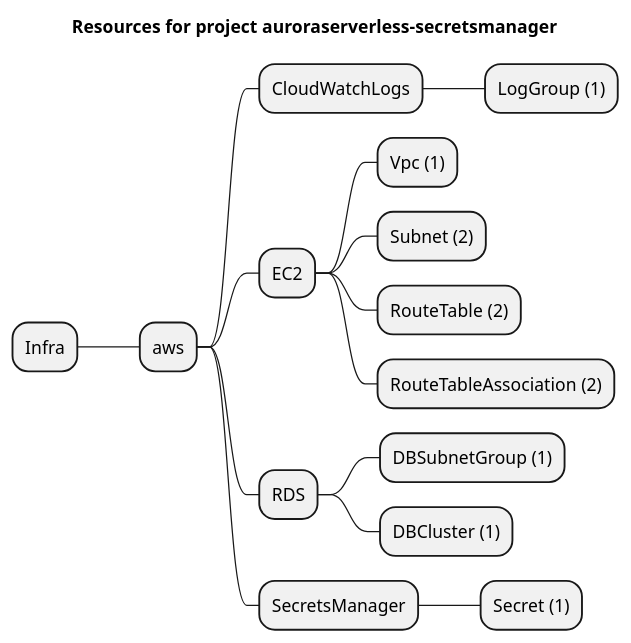
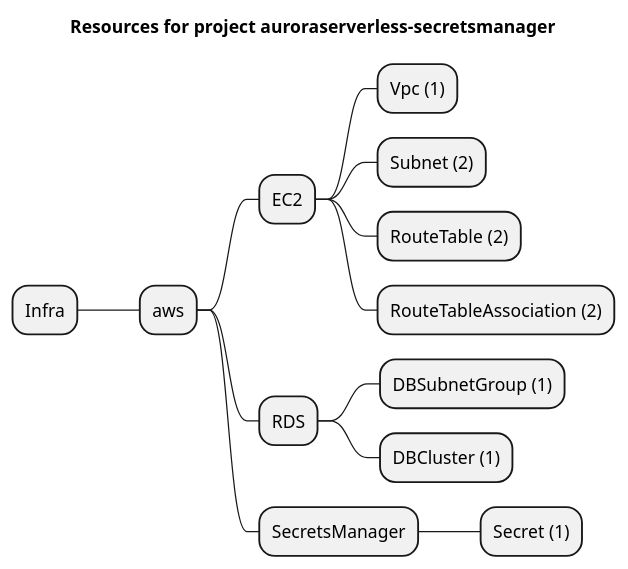
Before and after one commit to grucloud/grucloud: the diagram in examples/aws/serverless-patterns/auroraserverless-secretsmanager/artifacts/resources-mindmap.puml, drawn with PlantUML. The commit also changed 341 other files, not shown here.

```diff
--- a/examples/aws/serverless-patterns/auroraserverless-secretsmanager/artifacts/resources-mindmap.puml
+++ b/examples/aws/serverless-patterns/auroraserverless-secretsmanager/artifacts/resources-mindmap.puml
@@ -1,18 +1,16 @@
 @startmindmap
 title Resources for project auroraserverless-secretsmanager
 skinparam monochrome true
 + Infra
 ++ aws
-+++ CloudWatchLogs
-++++ LogGroup (1)
 +++ EC2
 ++++ Vpc (1)
 ++++ Subnet (2)
 ++++ RouteTable (2)
 ++++ RouteTableAssociation (2)
 +++ RDS
 ++++ DBSubnetGroup (1)
 ++++ DBCluster (1)
 +++ SecretsManager
 ++++ Secret (1)
 @endmindmap
```
